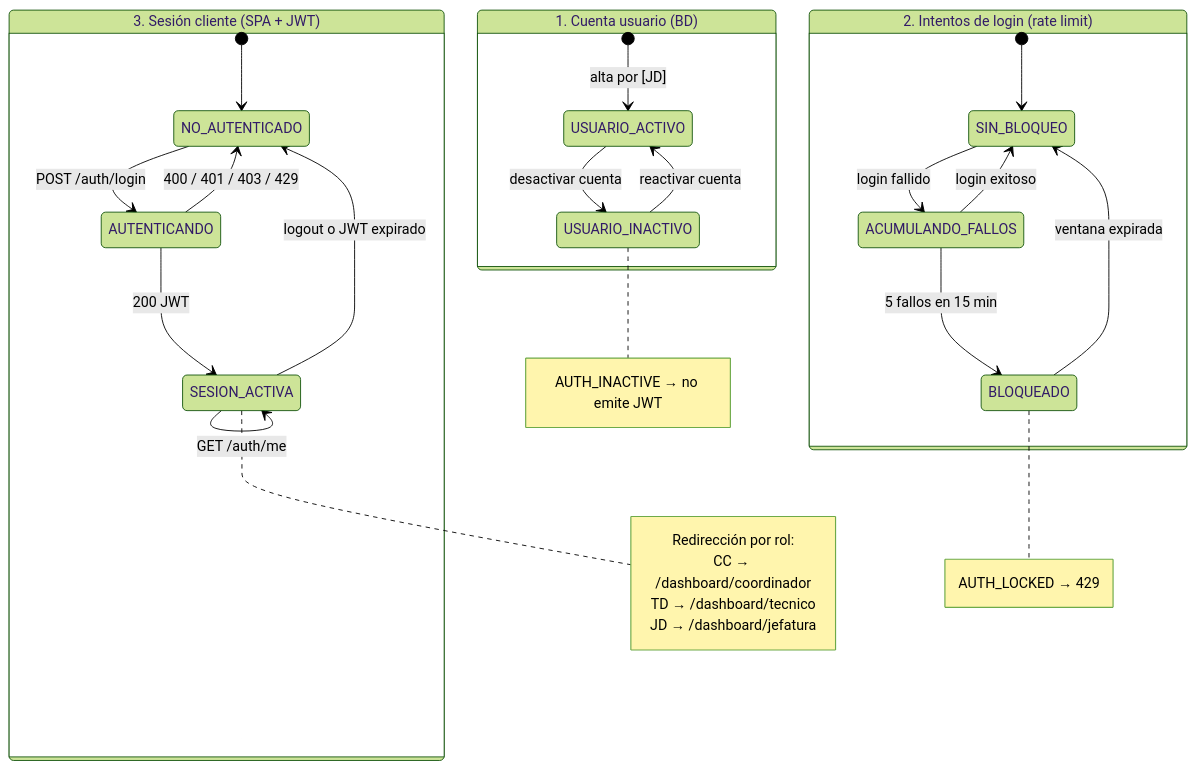
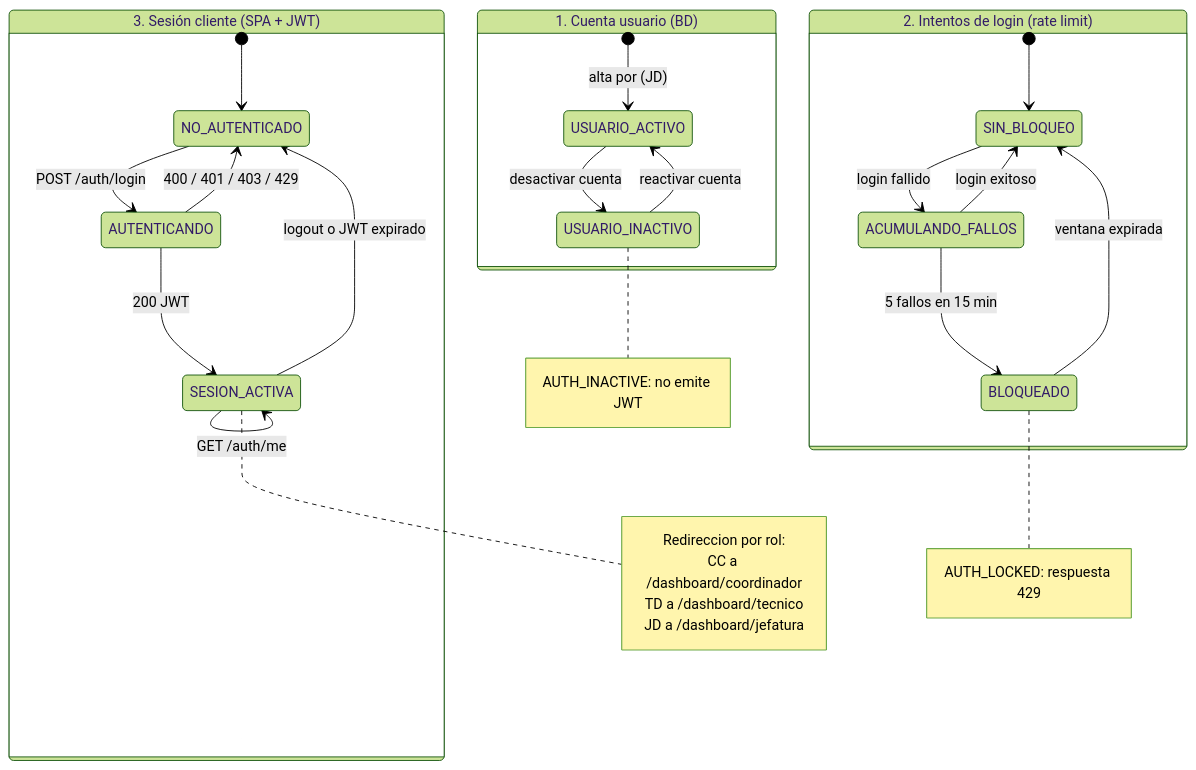
Before and after one commit to AcredIA-UMSS/sigesa-docs: the diagram in team/Marlene/07_diagramas/UC01_estado.mmd, drawn with Mermaid (forest theme). The commit also changed 11 other files, not shown here.

Commit message:
fix diagrams

```diff
--- a/team/Marlene/07_diagramas/UC01_estado.mmd
+++ b/team/Marlene/07_diagramas/UC01_estado.mmd
@@ -1,48 +1,48 @@
 %% UC01_estado.mmd — FSD-UC-001 Autenticación y sesión institucional
 %% diagramId: UC01-STA | complementa: UC01_secuencia.mmd
 %% fsdTrace: FSD-UC-001 · PRD-REQ-001 · PRD-REQ-002 · PRD-US-001 · PRD-US-002
 %% reglas: RB-06 · CN-04 (bloqueo 5 intentos / 15 min)
 %% entidades: usuario.activo · sesión JWT · intentos_login
 %% pruebas: TC-01 · TC-02
 %% version: 1.0 · 14/05/2026
 
 stateDiagram-v2
     direction TB
 
     state "1. Cuenta usuario (BD)" as Cuenta {
-        [*] --> USUARIO_ACTIVO: alta por [JD]
+        [*] --> USUARIO_ACTIVO: alta por (JD)
         USUARIO_ACTIVO --> USUARIO_INACTIVO: desactivar cuenta
         USUARIO_INACTIVO --> USUARIO_ACTIVO: reactivar cuenta
     }
 
     state "2. Intentos de login (rate limit)" as Intentos {
         [*] --> SIN_BLOQUEO
         SIN_BLOQUEO --> ACUMULANDO_FALLOS: login fallido
         ACUMULANDO_FALLOS --> SIN_BLOQUEO: login exitoso
         ACUMULANDO_FALLOS --> BLOQUEADO: 5 fallos en 15 min
         BLOQUEADO --> SIN_BLOQUEO: ventana expirada
     }
 
     state "3. Sesión cliente (SPA + JWT)" as Sesion {
         [*] --> NO_AUTENTICADO
         NO_AUTENTICADO --> AUTENTICANDO: POST /auth/login
         AUTENTICANDO --> NO_AUTENTICADO: 400 / 401 / 403 / 429
         AUTENTICANDO --> SESION_ACTIVA: 200 JWT
         SESION_ACTIVA --> NO_AUTENTICADO: logout o JWT expirado
         SESION_ACTIVA --> SESION_ACTIVA: GET /auth/me
     }
 
     note right of USUARIO_INACTIVO
-        AUTH_INACTIVE → no emite JWT
+        AUTH_INACTIVE: no emite JWT
     end note
 
     note right of BLOQUEADO
-        AUTH_LOCKED → 429
+        AUTH_LOCKED: respuesta 429
     end note
 
     note right of SESION_ACTIVA
-        Redirección por rol:
-        CC → /dashboard/coordinador
-        TD → /dashboard/tecnico
-        JD → /dashboard/jefatura
+        Redireccion por rol:
+        CC a /dashboard/coordinador
+        TD a /dashboard/tecnico
+        JD a /dashboard/jefatura
     end note
```
